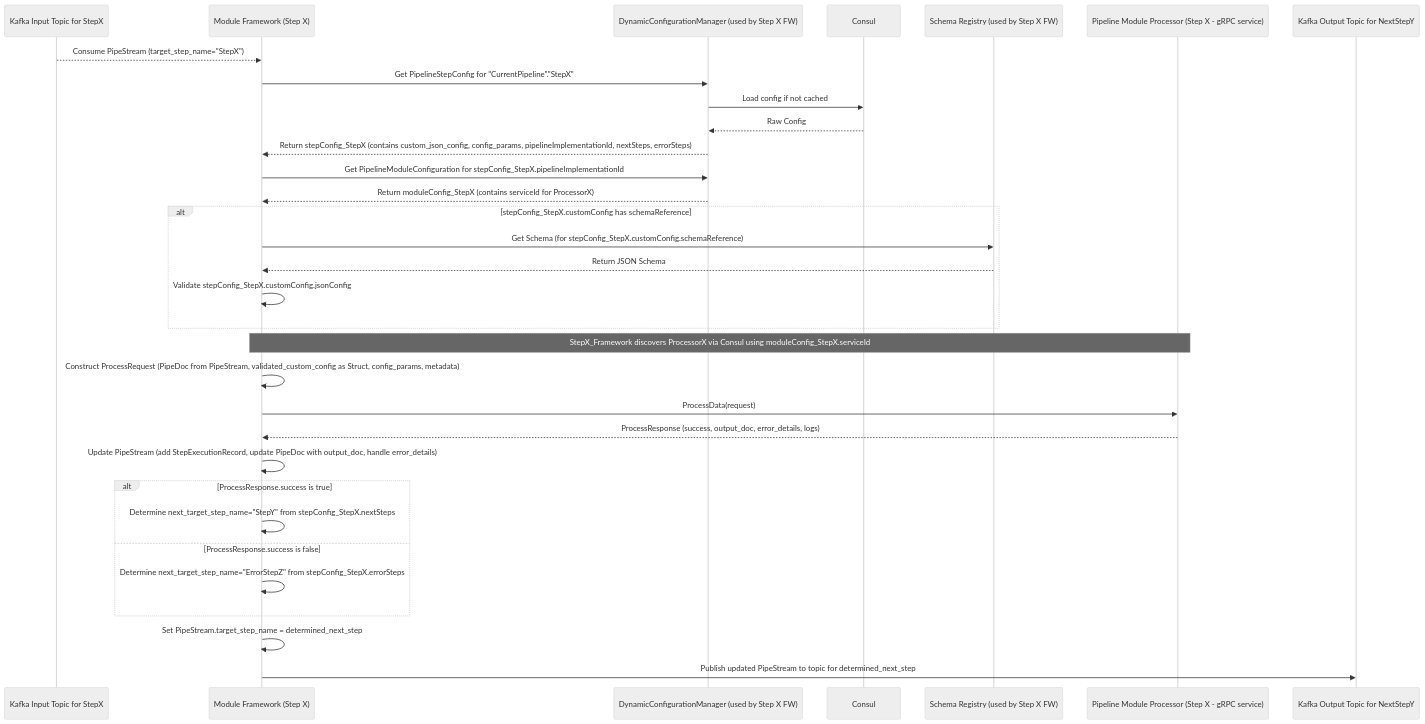
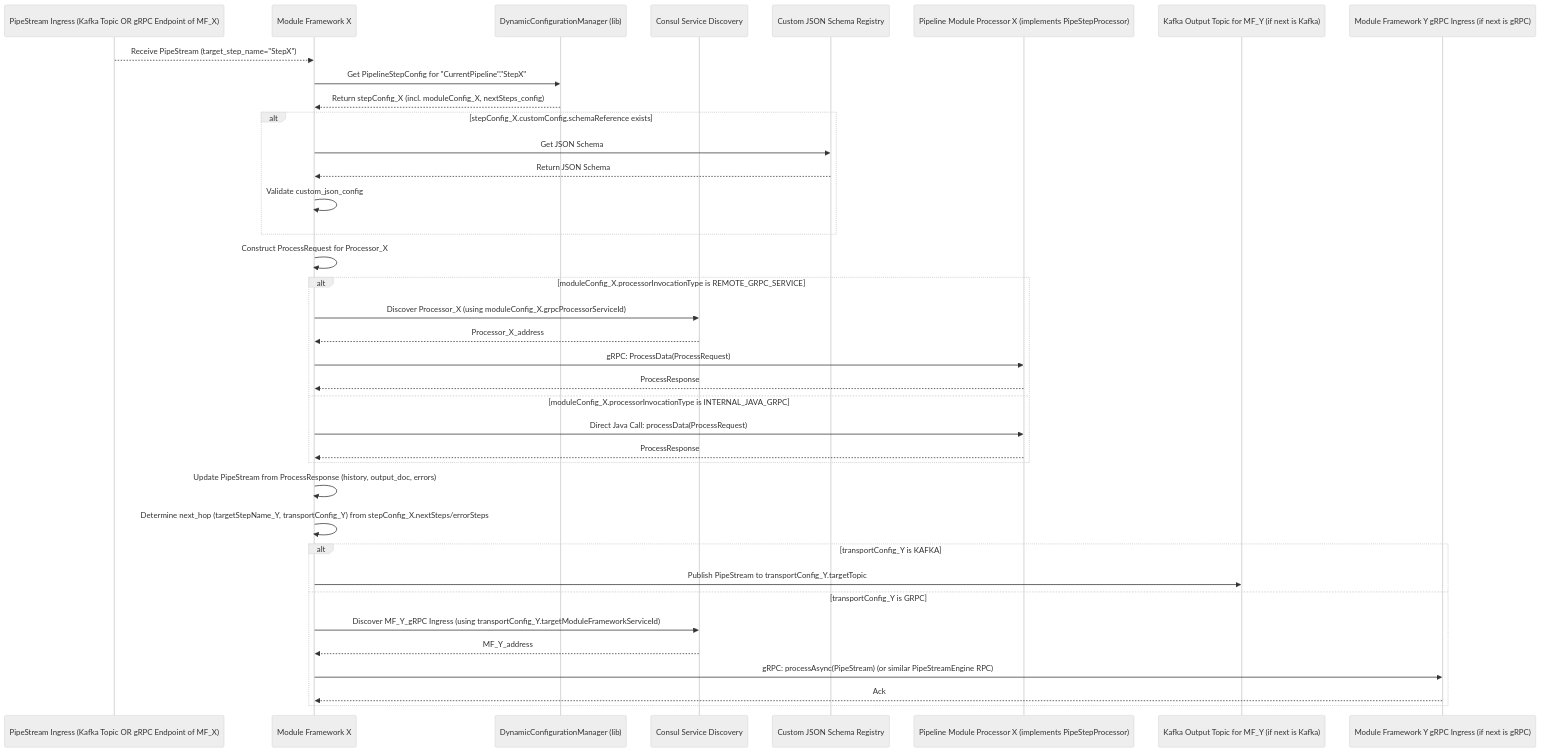
The third of 3 diagrams in docs/architecture_overview.md (krickert/micronaut-multiproject-example), drawn with Mermaid (neutral theme) before and after one commit. The commit also changed other lines of this file and 5 other files, not shown here.

````diff
--- a/docs/architecture_overview.md
+++ b/docs/architecture_overview.md
@@ -292,40 +205,46 @@
 ```mermaid
 sequenceDiagram
-    participant KafkaInTopic as Kafka Input Topic for StepX
-    participant StepX_Framework as Module Framework (Step X)
-    participant DCMX as DynamicConfigurationManager (used by Step X FW)
-    participant Consul
-    participant SchemaRegistryX as Schema Registry (used by Step X FW)
-    participant ProcessorX as Pipeline Module Processor (Step X - gRPC service)
-    participant KafkaOutTopic as Kafka Output Topic for NextStepY
+    participant IngressMF_X as PipeStream Ingress (Kafka Topic OR gRPC Endpoint of MF_X)
+    participant MF_X as Module Framework X
+    participant DCM_X as DynamicConfigurationManager (lib)
+    participant Consul_SD as Consul Service Discovery
+    participant JsonSR_X as Custom JSON Schema Registry
+    participant Processor_X as Pipeline Module Processor X (implements PipeStepProcessor)
+    
+    participant Kafka_Out_Y as Kafka Output Topic for MF_Y (if next is Kafka)
+    participant MF_Y_gRPC as Module Framework Y gRPC Ingress (if next is gRPC)
 
-    KafkaInTopic-->>StepX_Framework: Consume PipeStream (target_step_name="StepX")
-    StepX_Framework->>DCMX: Get PipelineStepConfig for "CurrentPipeline"."StepX"
-    DCMX->>Consul: Load config if not cached
-    Consul-->>DCMX: Raw Config
-    DCMX-->>StepX_Framework: Return stepConfig_StepX (contains custom_json_config, config_params, pipelineImplementationId, nextSteps, errorSteps)
-
-    StepX_Framework->>DCMX: Get PipelineModuleConfiguration for stepConfig_StepX.pipelineImplementationId
-    DCMX-->>StepX_Framework: Return moduleConfig_StepX (contains serviceId for ProcessorX)
+    IngressMF_X-->>MF_X: Receive PipeStream (target_step_name="StepX")
+    MF_X->>DCM_X: Get PipelineStepConfig for "CurrentPipeline"."StepX"
+    DCM_X-->>MF_X: Return stepConfig_X (incl. moduleConfig_X, nextSteps_config)
     
-    alt stepConfig_StepX.customConfig has schemaReference
-        StepX_Framework->>SchemaRegistryX: Get Schema (for stepConfig_StepX.customConfig.schemaReference)
-        SchemaRegistryX-->>StepX_Framework: Return JSON Schema
-        StepX_Framework->>StepX_Framework: Validate stepConfig_StepX.customConfig.jsonConfig
+    alt stepConfig_X.customConfig.schemaReference exists
+        MF_X->>JsonSR_X: Get JSON Schema
+        JsonSR_X-->>MF_X: Return JSON Schema
+        MF_X->>MF_X: Validate custom_json_config
     end
 
-    Note over StepX_Framework, ProcessorX: StepX_Framework discovers ProcessorX via Consul using moduleConfig_StepX.serviceId
+    MF_X->>MF_X: Construct ProcessRequest for Processor_X
+    
+    alt moduleConfig_X.processorInvocationType is REMOTE_GRPC_SERVICE
+        MF_X->>Consul_SD: Discover Processor_X (using moduleConfig_X.grpcProcessorServiceId)
+        Consul_SD-->>MF_X: Processor_X_address
+        MF_X->>Processor_X: gRPC: ProcessData(ProcessRequest)
+        Processor_X-->>MF_X: ProcessResponse
+    else moduleConfig_X.processorInvocationType is INTERNAL_JAVA_GRPC
+        MF_X->>Processor_X: Direct Java Call: processData(ProcessRequest)
+        Processor_X-->>MF_X: ProcessResponse
+    end
+        
+    MF_X->>MF_X: Update PipeStream from ProcessResponse (history, output_doc, errors)
+    MF_X->>MF_X: Determine next_hop (targetStepName_Y, transportConfig_Y) from stepConfig_X.nextSteps/errorSteps
 
-    StepX_Framework->>StepX_Framework: Construct ProcessRequest (PipeDoc from PipeStream, validated_custom_config as Struct, config_params, metadata)
-    StepX_Framework->>ProcessorX: ProcessData(request)
-    ProcessorX-->>StepX_Framework: ProcessResponse (success, output_doc, error_details, logs)
-    
-    StepX_Framework->>StepX_Framework: Update PipeStream (add StepExecutionRecord, update PipeDoc with output_doc, handle error_details)
-    alt ProcessResponse.success is true
-        StepX_Framework->>StepX_Framework: Determine next_target_step_name="StepY" from stepConfig_StepX.nextSteps
-    else ProcessResponse.success is false
-        StepX_Framework->>StepX_Framework: Determine next_target_step_name="ErrorStepZ" from stepConfig_StepX.errorSteps
+    alt transportConfig_Y is KAFKA
+        MF_X->>Kafka_Out_Y: Publish PipeStream to transportConfig_Y.targetTopic
+    else transportConfig_Y is GRPC
+        MF_X->>Consul_SD: Discover MF_Y_gRPC Ingress (using transportConfig_Y.targetModuleFrameworkServiceId)
+        Consul_SD-->>MF_X: MF_Y_address
+        MF_X->>MF_Y_gRPC: gRPC: processAsync(PipeStream) (or similar PipeStreamEngine RPC)
+        MF_Y_gRPC-->>MF_X: Ack
     end
-    StepX_Framework->>StepX_Framework: Set PipeStream.target_step_name = determined_next_step
-    StepX_Framework->>KafkaOutTopic: Publish updated PipeStream to topic for determined_next_step
 ```
````
